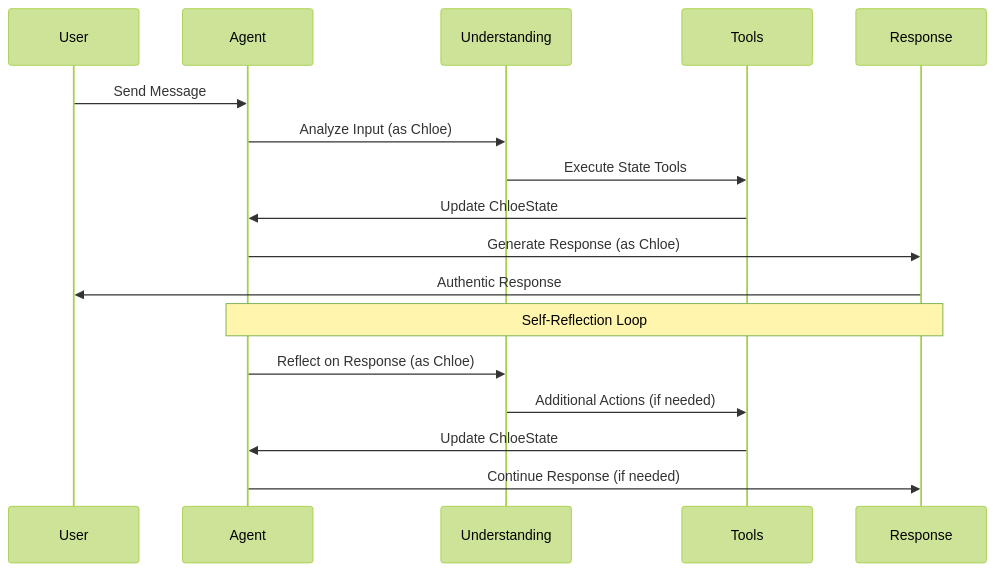
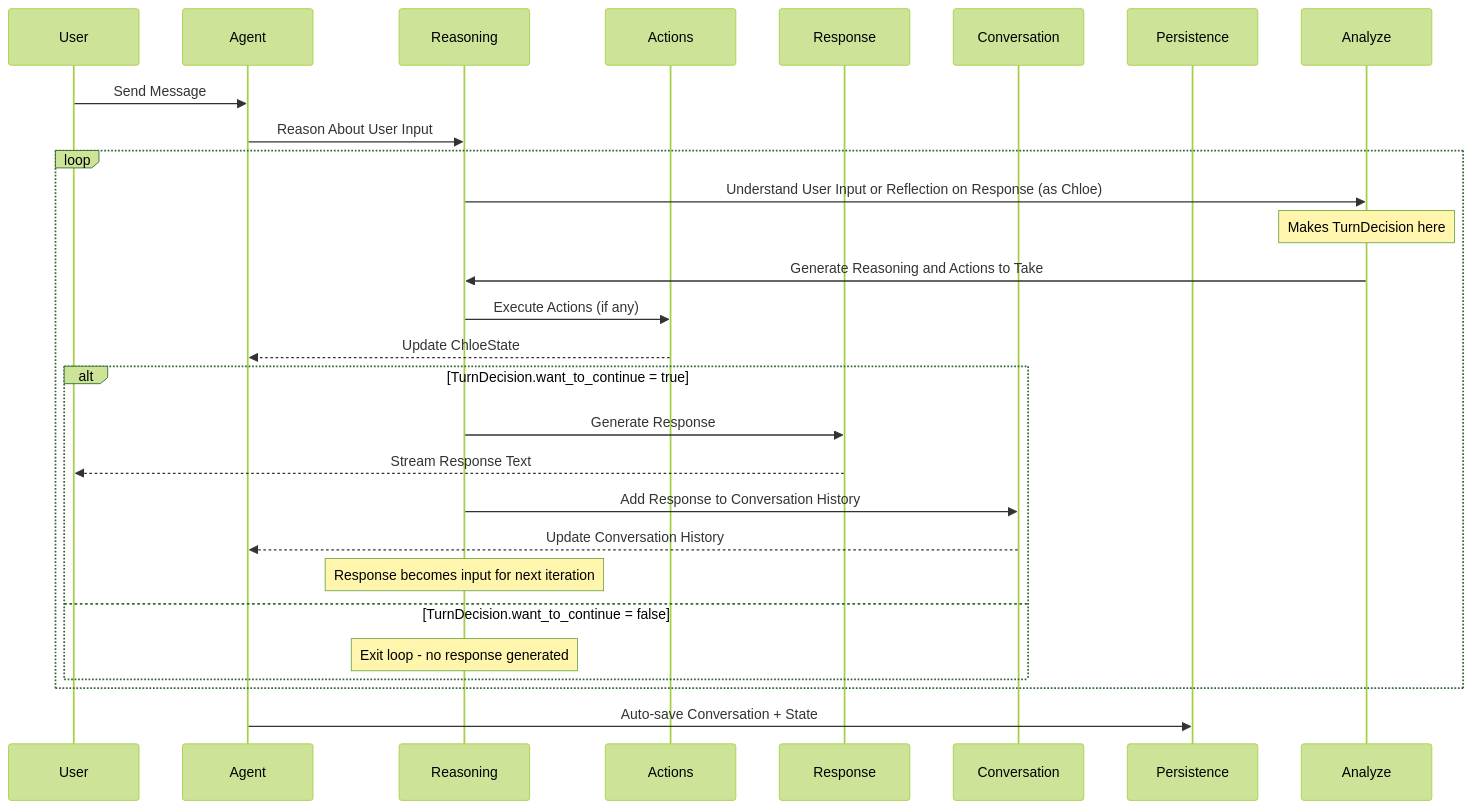
The diagram in docs/chloe_design.md (demmel/companion), drawn with Mermaid (forest theme) before and after one commit. The commit also changed other lines of this file, not shown here.

````diff
--- a/docs/chloe_design.md
+++ b/docs/chloe_design.md
@@ -84,21 +84,33 @@
 ```mermaid
 sequenceDiagram
     participant User
     participant Agent
-    participant Understanding
-    participant Tools
+    participant Reasoning
+    participant Actions
     participant Response
+    participant Conversation
+    participant Persistence
 
     User->>Agent: Send Message
-    Agent->>Understanding: Analyze Input (as Chloe)
-    Understanding->>Tools: Execute State Tools
-    Tools->>Agent: Update ChloeState
-    Agent->>Response: Generate Response (as Chloe)
-    Response->>User: Authentic Response
+    Agent->>Reasoning: Reason About User Input
 
-    Note over Agent,Response: Self-Reflection Loop
-    Agent->>Understanding: Reflect on Response (as Chloe)
-    Understanding->>Tools: Additional Actions (if needed)
-    Tools->>Agent: Update ChloeState
-    Agent->>Response: Continue Response (if needed)
+    loop
+        Reasoning->>Analyze: Understand User Input or Reflection on Response (as Chloe)
+        Note over Analyze: Makes TurnDecision here
+        Analyze->>Reasoning: Generate Reasoning and Actions to Take
+        Reasoning->>Actions: Execute Actions (if any)
+        Actions-->>Agent: Update ChloeState
+
+        alt TurnDecision.want_to_continue = true
+            Reasoning->>Response: Generate Response
+            Response-->>User: Stream Response Text
+            Reasoning->>Conversation: Add Response to Conversation History
+            Conversation-->>Agent: Update Conversation History
+            Note over Reasoning: Response becomes input for next iteration
+        else TurnDecision.want_to_continue = false
+            Note over Reasoning: Exit loop - no response generated
+        end
+    end
+
+    Agent->>Persistence: Auto-save Conversation + State
 ```
````
